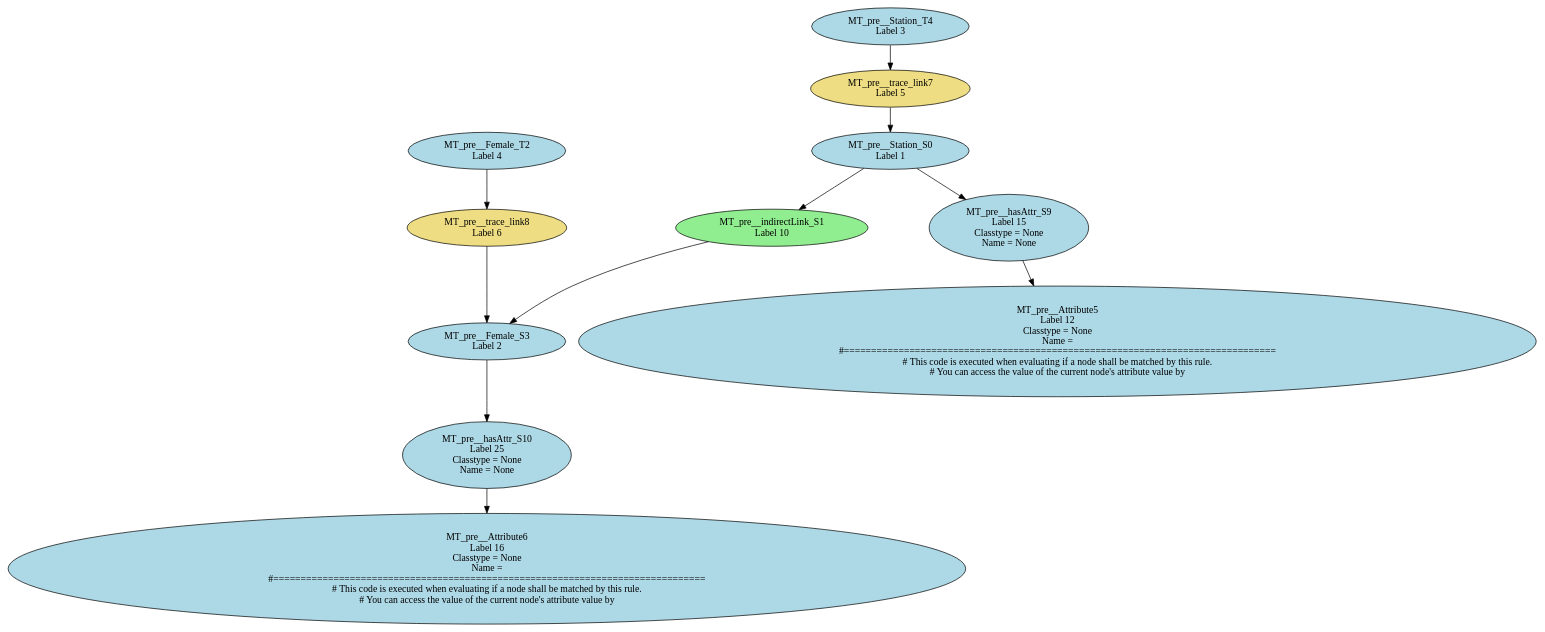
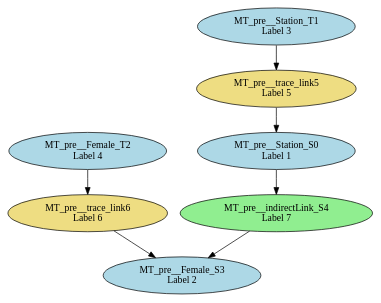
Before and after one commit to levilucio/SyVOLT: the diagram in dot/ruleCombinator_match_HSF2SF_combine_1LHS.dot, drawn with Graphviz. The commit also changed 30 other files, not shown here.

```diff
--- a/dot/ruleCombinator_match_HSF2SF_combine_1LHS.dot
+++ b/dot/ruleCombinator_match_HSF2SF_combine_1LHS.dot
@@ -1,35 +1,15 @@
 digraph ruleCombinator_match_HSF2SF_combine_1LHS {
 "MT_pre__Station_S0\n Label 1" [style=filled, fillcolor=lightblue];
-"MT_pre__indirectLink_S1\n Label 10" [style=filled, fillcolor=lightgreen];
+"MT_pre__Station_T1\n Label 3" [style=filled, fillcolor=lightblue];
 "MT_pre__Female_T2\n Label 4" [style=filled, fillcolor=lightblue];
 "MT_pre__Female_S3\n Label 2" [style=filled, fillcolor=lightblue];
-"MT_pre__Station_T4\n Label 3" [style=filled, fillcolor=lightblue];
-"MT_pre__Attribute5\n Label 12\n Classtype = None\n Name = 
-#===============================================================================
-# This code is executed when evaluating if a node shall be matched by this rule.
-# You can access the value of the current node's attribute value by" [style=filled, fillcolor=lightblue];
-"MT_pre__Attribute6\n Label 16\n Classtype = None\n Name = 
-#===============================================================================
-# This code is executed when evaluating if a node shall be matched by this rule.
-# You can access the value of the current node's attribute value by" [style=filled, fillcolor=lightblue];
-"MT_pre__trace_link7\n Label 5" [style=filled, fillcolor=lightgoldenrod];
-"MT_pre__trace_link8\n Label 6" [style=filled, fillcolor=lightgoldenrod];
-"MT_pre__hasAttr_S9\n Label 15\n Classtype = None\n Name = None" [style=filled, fillcolor=lightblue];
-"MT_pre__hasAttr_S10\n Label 25\n Classtype = None\n Name = None" [style=filled, fillcolor=lightblue];
-"MT_pre__hasAttr_S9\n Label 15\n Classtype = None\n Name = None" -> "MT_pre__Attribute5\n Label 12\n Classtype = None\n Name = 
-#===============================================================================
-# This code is executed when evaluating if a node shall be matched by this rule.
-# You can access the value of the current node's attribute value by";
-"MT_pre__hasAttr_S10\n Label 25\n Classtype = None\n Name = None" -> "MT_pre__Attribute6\n Label 16\n Classtype = None\n Name = 
-#===============================================================================
-# This code is executed when evaluating if a node shall be matched by this rule.
-# You can access the value of the current node's attribute value by";
-"MT_pre__trace_link7\n Label 5" -> "MT_pre__Station_S0\n Label 1";
-"MT_pre__Station_S0\n Label 1" -> "MT_pre__hasAttr_S9\n Label 15\n Classtype = None\n Name = None";
-"MT_pre__Station_S0\n Label 1" -> "MT_pre__indirectLink_S1\n Label 10";
-"MT_pre__indirectLink_S1\n Label 10" -> "MT_pre__Female_S3\n Label 2";
-"MT_pre__Station_T4\n Label 3" -> "MT_pre__trace_link7\n Label 5";
-"MT_pre__Female_T2\n Label 4" -> "MT_pre__trace_link8\n Label 6";
-"MT_pre__trace_link8\n Label 6" -> "MT_pre__Female_S3\n Label 2";
-"MT_pre__Female_S3\n Label 2" -> "MT_pre__hasAttr_S10\n Label 25\n Classtype = None\n Name = None";
+"MT_pre__indirectLink_S4\n Label 7" [style=filled, fillcolor=lightgreen];
+"MT_pre__trace_link5\n Label 5" [style=filled, fillcolor=lightgoldenrod];
+"MT_pre__trace_link6\n Label 6" [style=filled, fillcolor=lightgoldenrod];
+"MT_pre__trace_link5\n Label 5" -> "MT_pre__Station_S0\n Label 1";
+"MT_pre__Station_S0\n Label 1" -> "MT_pre__indirectLink_S4\n Label 7";
+"MT_pre__Station_T1\n Label 3" -> "MT_pre__trace_link5\n Label 5";
+"MT_pre__Female_T2\n Label 4" -> "MT_pre__trace_link6\n Label 6";
+"MT_pre__trace_link6\n Label 6" -> "MT_pre__Female_S3\n Label 2";
+"MT_pre__indirectLink_S4\n Label 7" -> "MT_pre__Female_S3\n Label 2";
 }
```
